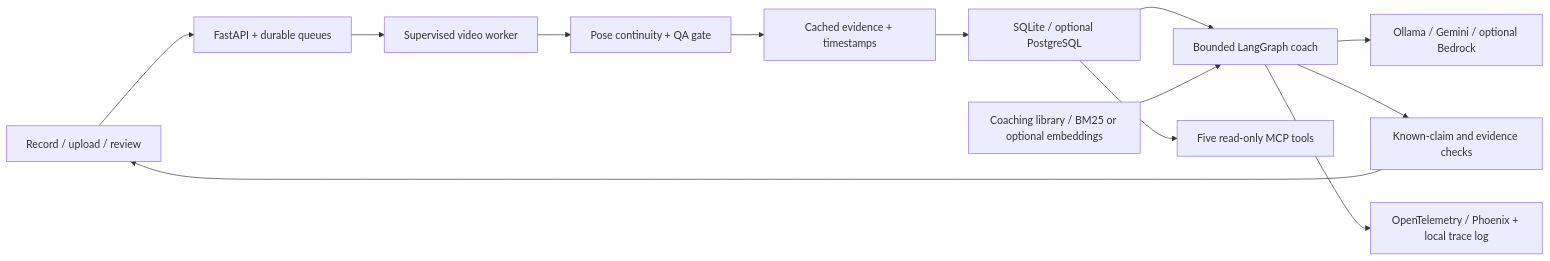
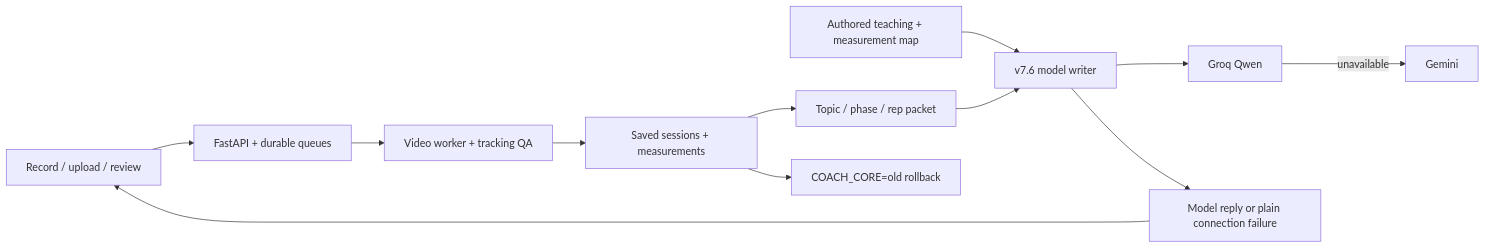
One commit to yichenxiao08/fleche changed the diagram in README.md. Above: the diagram before and after it, drawn with Mermaid. The commit also changed other lines of this file and 68 other files, not shown here.

````diff
--- a/README.md
+++ b/README.md
@@ -86,15 +135,14 @@
 ```mermaid
 flowchart LR
   Browser[Record / upload / review] --> API[FastAPI + durable queues]
-  API --> Worker[Supervised video worker]
-  Worker --> QA[Pose continuity + QA gate]
-  QA --> Evidence[Cached evidence + timestamps]
-  Evidence --> DB[SQLite / optional PostgreSQL]
-  DB --> Graph[Bounded LangGraph coach]
-  Library[Coaching library / BM25 or optional embeddings] --> Graph
-  Graph --> LLM[Ollama / Gemini / optional Bedrock]
-  Graph --> Checks[Known-claim and evidence checks]
-  Checks --> Browser
-  Graph --> Phoenix[OpenTelemetry / Phoenix + local trace log]
-  DB --> MCP[Five read-only MCP tools]
+  API --> Worker[Video worker + tracking QA]
+  Worker --> DB[Saved sessions + measurements]
+  DB --> Packet[Topic / phase / rep packet]
+  Library[Authored teaching + measurement map] --> Writer[v7.6 model writer]
+  Packet --> Writer
+  Writer --> Groq[Groq Qwen]
+  Groq -->|unavailable| Gemini[Gemini]
+  Writer --> Reply[Model reply or plain connection failure]
+  Reply --> Browser
+  DB --> Legacy[COACH_CORE=old rollback]
 ```
````
